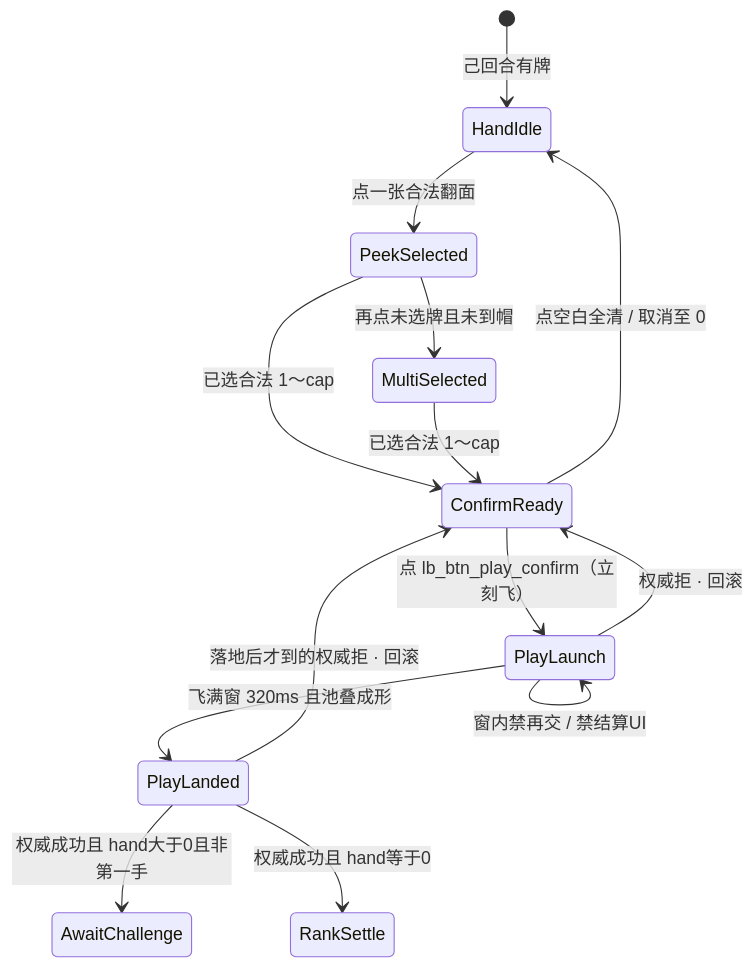
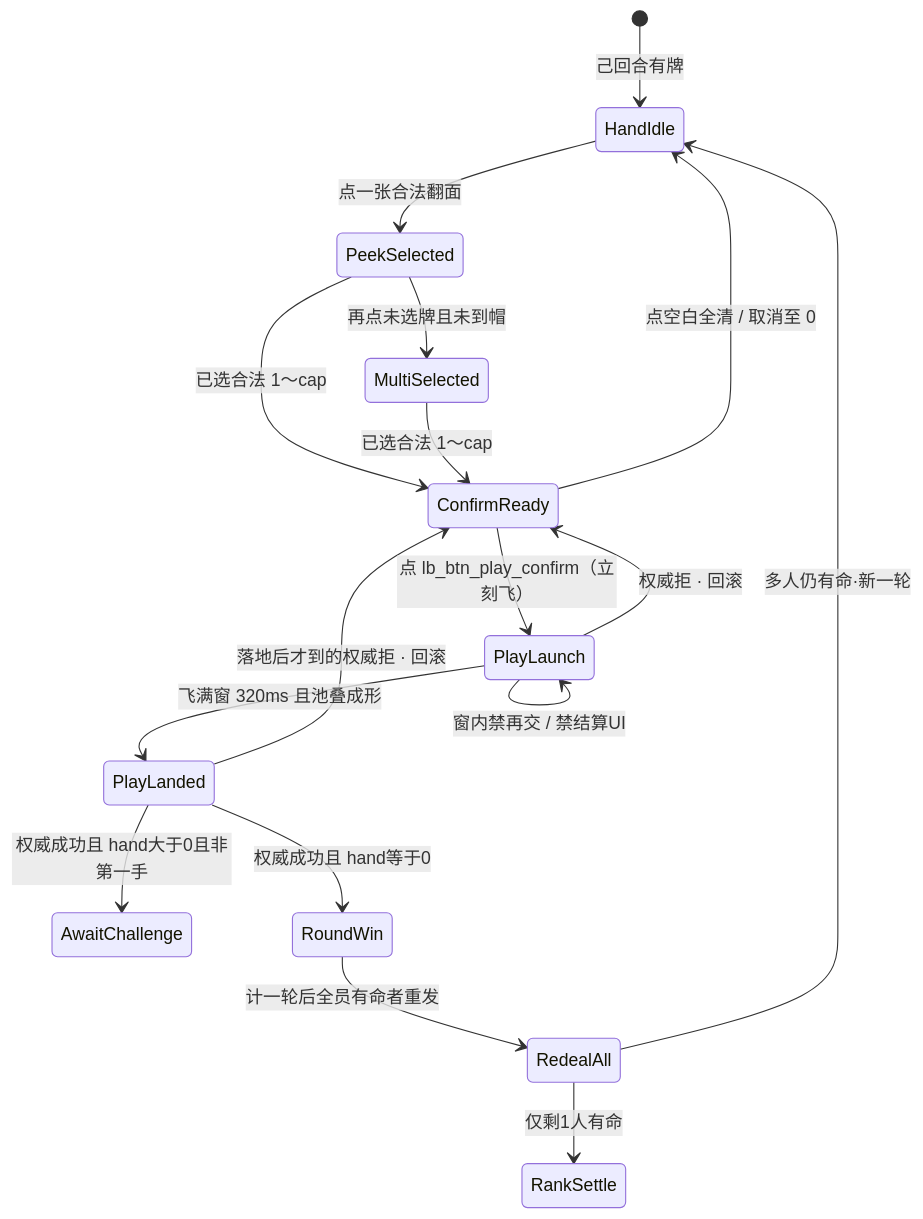
Before and after one commit to xubin0903/LiarBar: the diagram in docs/02-游戏设计/出牌扣牌-状态机.md, drawn with Mermaid. The commit also changed other lines of this file and 3 other files, not shown here.

````diff
--- a/docs/02-游戏设计/出牌扣牌-状态机.md
+++ b/docs/02-游戏设计/出牌扣牌-状态机.md
@@ -100,16 +106,19 @@
 ```mermaid
 stateDiagram-v2
   [*] --> HandIdle: 己回合有牌
   HandIdle --> PeekSelected: 点一张合法翻面
   PeekSelected --> MultiSelected: 再点未选牌且未到帽
   PeekSelected --> ConfirmReady: 已选合法 1～cap
   MultiSelected --> ConfirmReady: 已选合法 1～cap
   ConfirmReady --> HandIdle: 点空白全清 / 取消至 0
   ConfirmReady --> PlayLaunch: 点 lb_btn_play_confirm（立刻飞）
   PlayLaunch --> PlayLanded: 飞满窗 320ms 且池叠成形
   PlayLanded --> AwaitChallenge: 权威成功且 hand大于0且非第一手
-  PlayLanded --> RankSettle: 权威成功且 hand等于0
+  PlayLanded --> RoundWin: 权威成功且 hand等于0
+  RoundWin --> RedealAll: 计一轮后全员有命者重发
+  RedealAll --> RankSettle: 仅剩1人有命
+  RedealAll --> HandIdle: 多人仍有命·新一轮
   PlayLaunch --> ConfirmReady: 权威拒 · 回滚
   PlayLanded --> ConfirmReady: 落地后才到的权威拒 · 回滚
   PlayLaunch --> PlayLaunch: 窗内禁再交 / 禁结算UI
 ```
````
